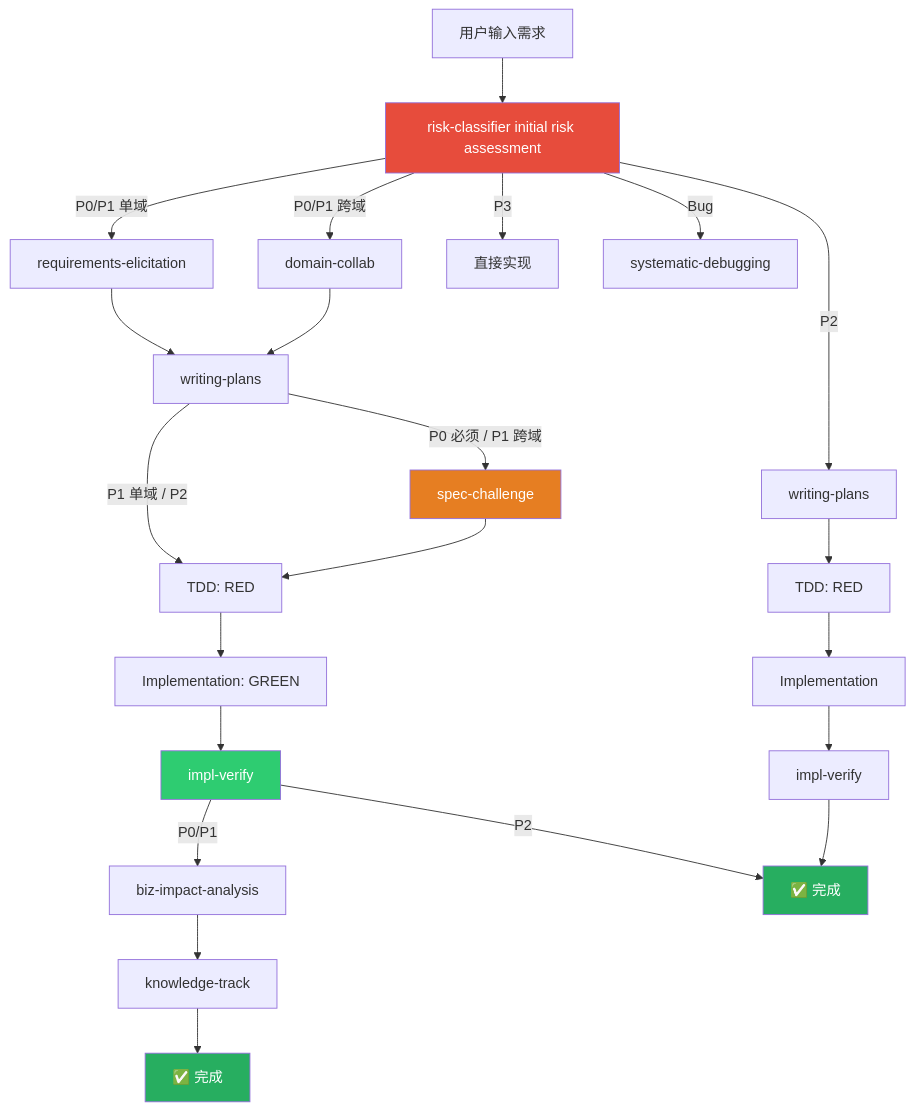
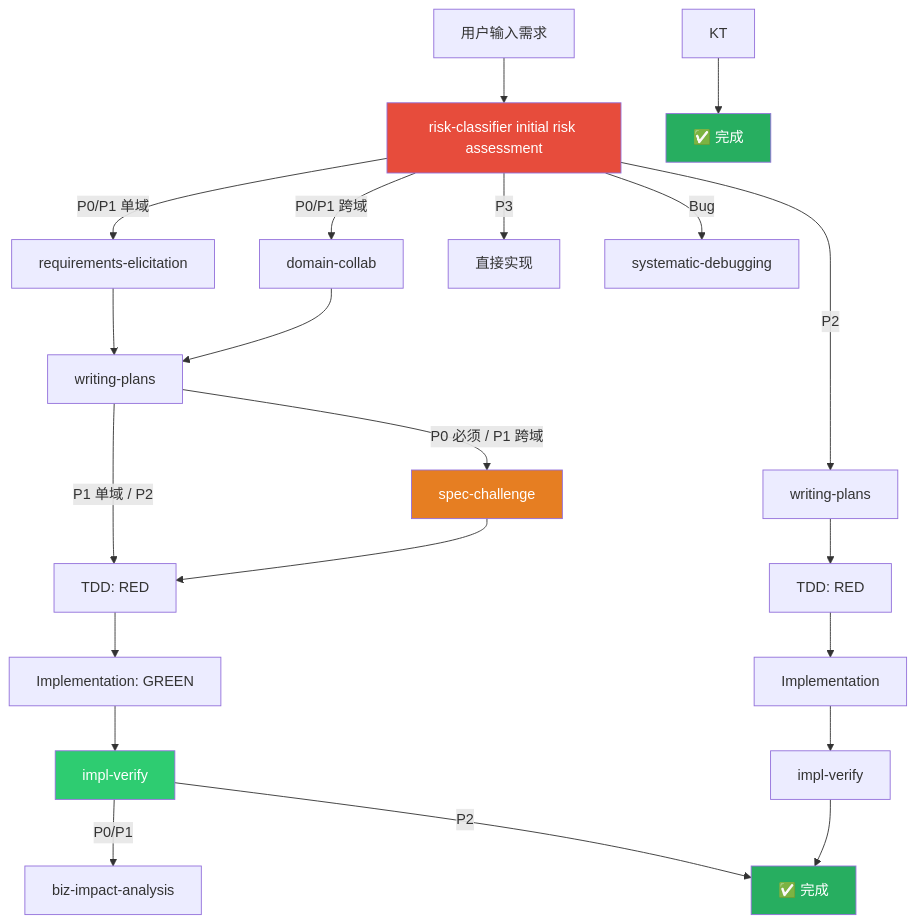
Before and after one commit to Aimeerrhythm/enterprise-change-workflow: the first of 9 diagrams in docs/workflow-execution-flow.md, drawn with Mermaid. The commit also changed other lines of this file and 8 other files, not shown here.

First line of the commit message:
step 1: 去掉 knowledge-track 自动触发

````diff
--- a/docs/workflow-execution-flow.md
+++ b/docs/workflow-execution-flow.md
@@ -11,30 +11,29 @@
 ```mermaid
 flowchart TD
     REQ[用户输入需求] --> RC[risk-classifier initial risk assessment]
     RC --> |P0/P1 单域| RE[requirements-elicitation]
     RC --> |P0/P1 跨域| DC[domain-collab]
     RC --> |P2| WP2[writing-plans]
     RC --> |P3| IMPL3[直接实现]
     RC --> |Bug| SD[systematic-debugging]
 
     RE --> WP[writing-plans]
     DC --> WP
 
     WP --> |P0 必须 / P1 跨域| SC[spec-challenge]
     WP --> |P1 单域 / P2| TDD
     SC --> TDD[TDD: RED]
     TDD --> GREEN[Implementation: GREEN]
     GREEN --> IV[impl-verify]
     IV --> |P0/P1| BIA[biz-impact-analysis]
-    BIA --> KT[knowledge-track]
     KT --> DONE[✅ 完成]
     IV --> |P2| DONE2[✅ 完成]
 
     WP2 --> TDD2[TDD: RED] --> GREEN2[Implementation] --> IV2[impl-verify] --> DONE2
 
     style RC fill:#e74c3c,color:#fff
     style SC fill:#e67e22,color:#fff
     style IV fill:#2ecc71,color:#fff
     style DONE fill:#27ae60,color:#fff
     style DONE2 fill:#27ae60,color:#fff
 ```
````
